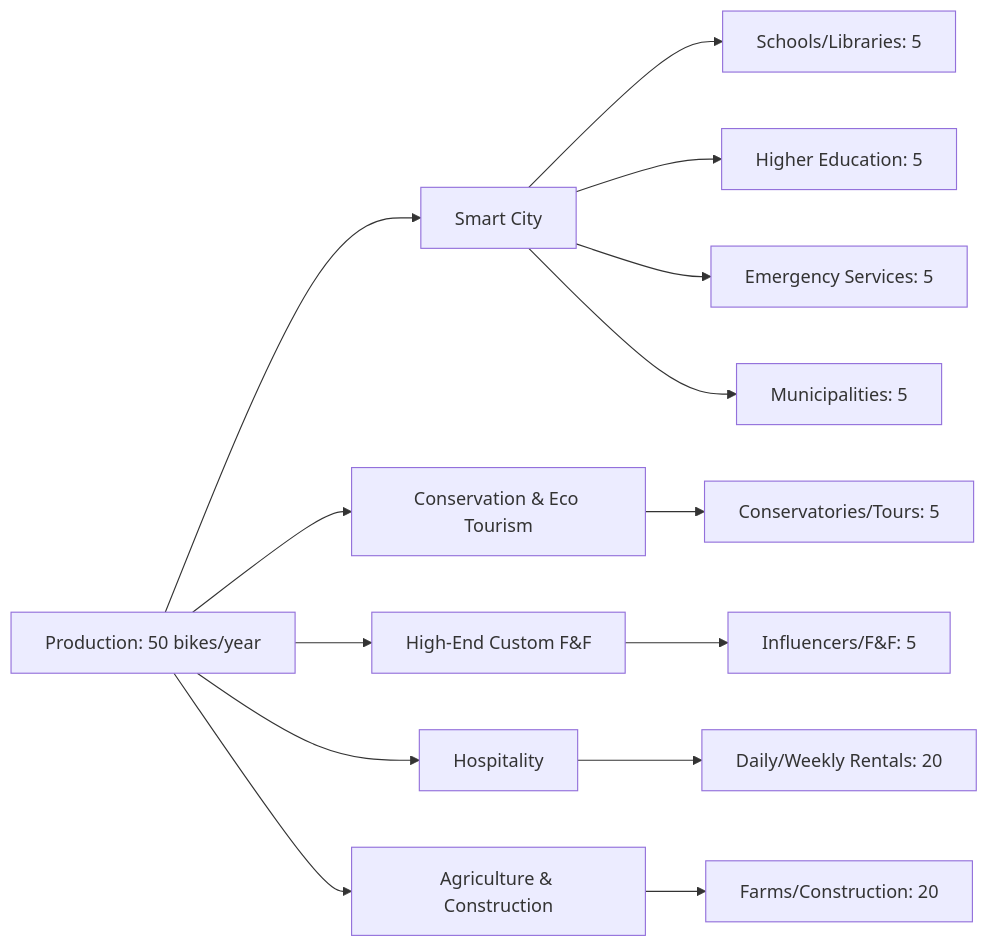
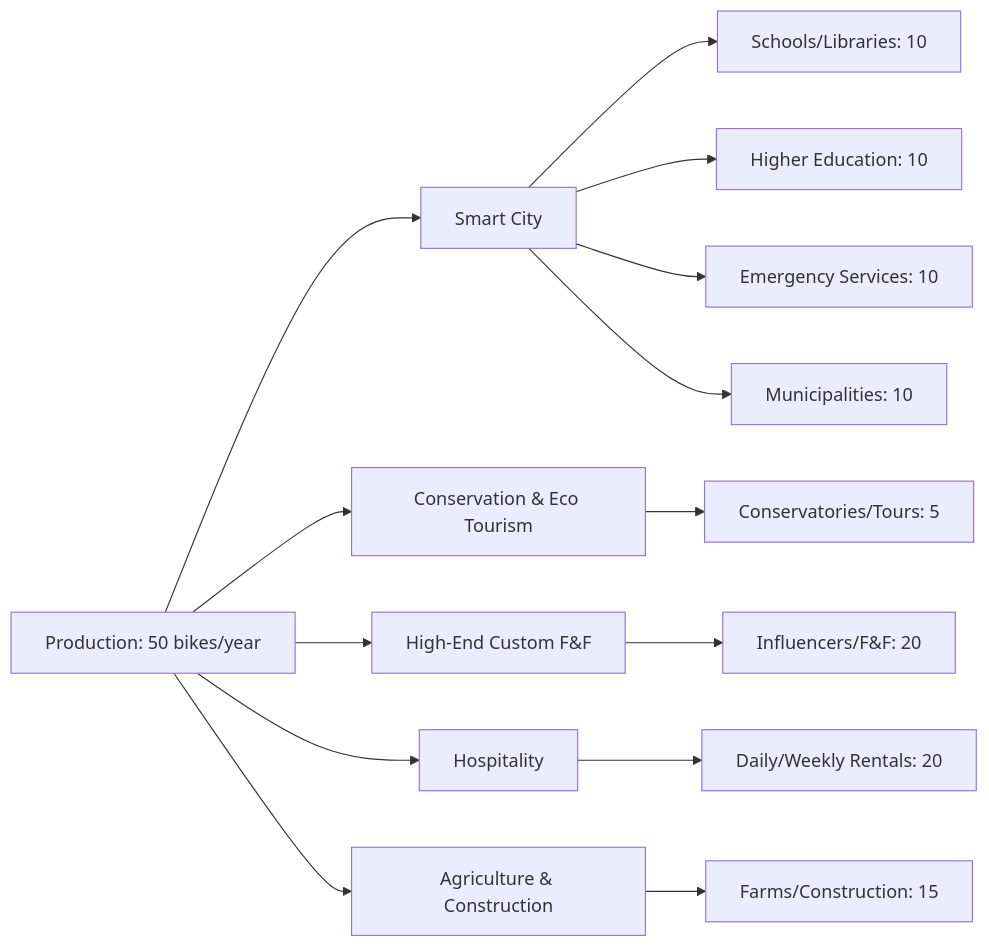
One commit to Niko-La/bike-repo changed the first of 2 diagrams in README.md. Above: the diagram before and after it, drawn with Mermaid. The commit also changed other lines of this file, not shown here.

Commit message:
Update README.md production mix

````diff
--- a/README.md
+++ b/README.md
@@ -86,18 +86,18 @@
 ```mermaid
 graph LR
     A[Production: 50 bikes/year]
     A --> B[Smart City]
     A --> C[Conservation & Eco Tourism]
     A --> D[High-End Custom F&F]
     A --> E[Hospitality]
     A --> F[Agriculture & Construction]
-    B --> B1[Schools/Libraries: 5]
-    B --> B2[Higher Education: 5]
-    B --> B3[Emergency Services: 5]
-    B --> B4[Municipalities: 5]
+    B --> B1[Schools/Libraries: 10]
+    B --> B2[Higher Education: 10]
+    B --> B3[Emergency Services: 10]
+    B --> B4[Municipalities: 10]
     C --> C1[Conservatories/Tours: 5]
-    D --> D1[Influencers/F&F: 5]
+    D --> D1[Influencers/F&F: 20]
     E --> E1[Daily/Weekly Rentals: 20]
-    F --> F1[Farms/Construction: 20]
+    F --> F1[Farms/Construction: 15]
 
 ```
````
